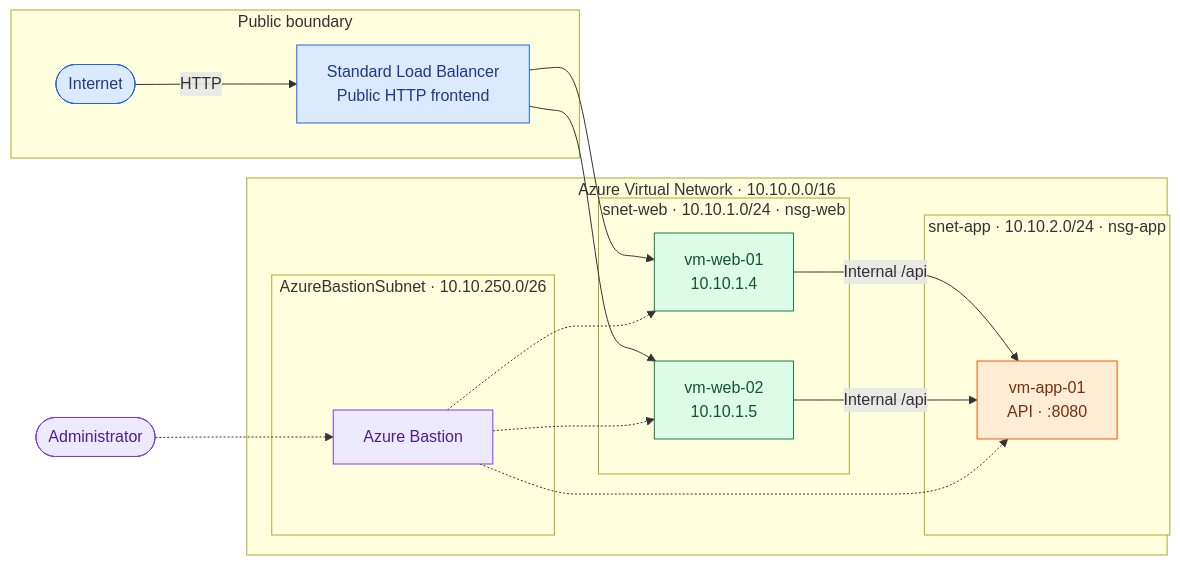
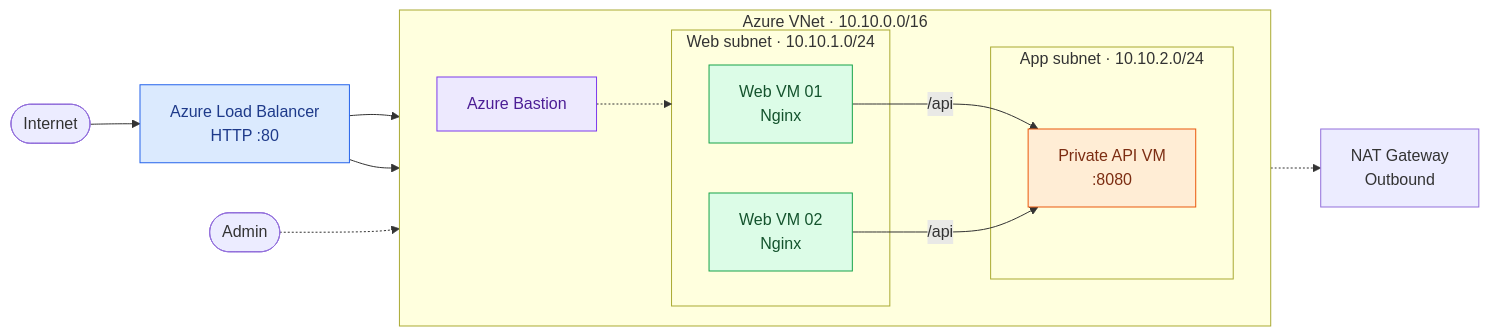
One commit to Nischay192/2-Tier-VNet-Bastion-Lab changed the first of 2 diagrams in docs/architecture.md. Above: the diagram before and after it, drawn with Mermaid. The commit also changed other lines of this file, not shown here.

Commit message:
Make architecture overview compact and remove duplicate diagram

````diff
--- a/docs/architecture.md
+++ b/docs/architecture.md
@@ -63,37 +9,28 @@
 ```mermaid
 flowchart LR
-    subgraph PUBLIC["Public boundary"]
-        USER(["Internet"])
-        LB["Standard Load Balancer<br/>Public HTTP frontend"]
+    U(["Internet"]) --> LB["Azure Load Balancer<br/>HTTP :80"]
+    subgraph VNET["Azure VNet · 10.10.0.0/16"]
+        direction LR
+        subgraph WEB["Web subnet · 10.10.1.0/24"]
+            W1["Web VM 01<br/>Nginx"]
+            W2["Web VM 02<br/>Nginx"]
+        end
+        subgraph APP["App subnet · 10.10.2.0/24"]
+            A["Private API VM<br/>:8080"]
+        end
+        B["Azure Bastion"]
     end
-    subgraph VNET["Azure Virtual Network · 10.10.0.0/16"]
-        subgraph WEB["snet-web · 10.10.1.0/24 · nsg-web"]
-            W1["vm-web-01<br/>10.10.1.4"]
-            W2["vm-web-02<br/>10.10.1.5"]
-        end
-        subgraph APP["snet-app · 10.10.2.0/24 · nsg-app"]
-            A["vm-app-01<br/>API · :8080"]
-        end
-        subgraph B["AzureBastionSubnet · 10.10.250.0/26"]
-            BST["Azure Bastion"]
-        end
-    end
-    OPS(["Administrator"])
-    USER -->|"HTTP"| LB
-    LB --> W1
-    LB --> W2
-    W1 -->|"Internal /api"| A
-    W2 -->|"Internal /api"| A
-    OPS -.-> BST
-    BST -.-> W1
-    BST -.-> W2
-    BST -.-> A
-    classDef public fill:#dbeafe,stroke:#2563eb,color:#1e3a8a;
-    classDef web fill:#dcfce7,stroke:#15803d,color:#14532d;
-    classDef app fill:#ffedd5,stroke:#ea580c,color:#7c2d12;
-    classDef ops fill:#ede9fe,stroke:#7c3aed,color:#4c1d95;
-    class USER,LB public;
-    class W1,W2 web;
-    class A app;
-    class OPS,BST ops;
+    LB --> W1 & W2
+    W1 & W2 -->|"/api"| A
+    Admin(["Admin"]) -.-> B
+    B -.-> WEB
+    WEB -.-> NAT["NAT Gateway<br/>Outbound"]
+    classDef blue fill:#dbeafe,stroke:#2563eb,color:#1e3a8a;
+    classDef green fill:#dcfce7,stroke:#16a34a,color:#14532d;
+    classDef amber fill:#ffedd5,stroke:#ea580c,color:#7c2d12;
+    classDef purple fill:#ede9fe,stroke:#7c3aed,color:#4c1d95;
+    class LB blue;
+    class W1,W2 green;
+    class A amber;
+    class B purple;
 ```
````
